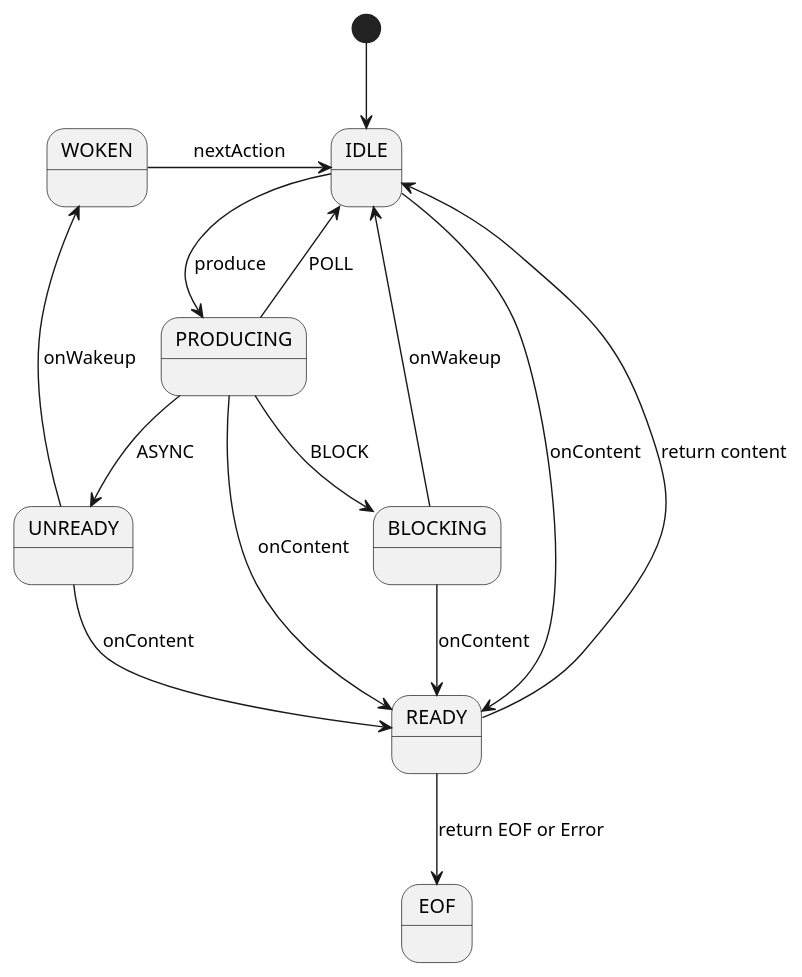
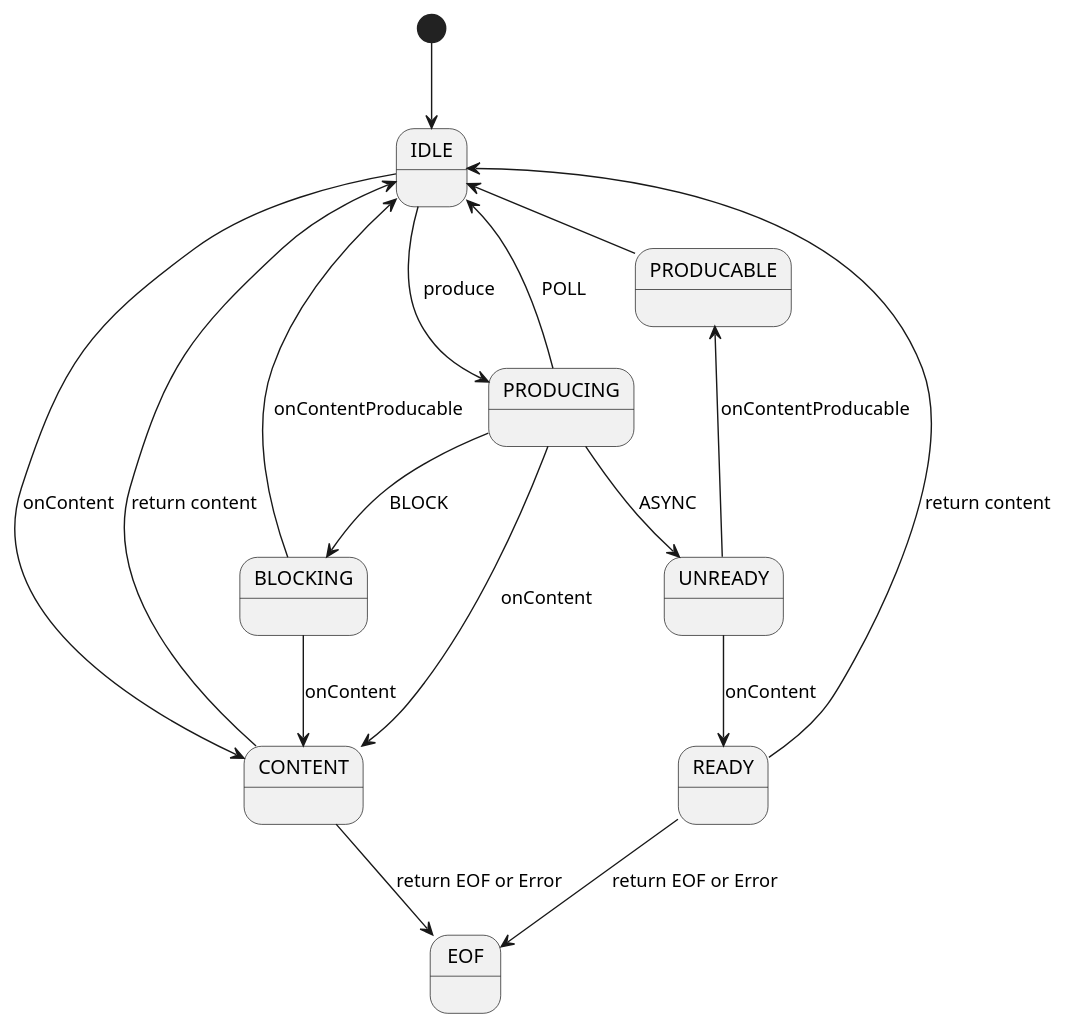
The diagram in jetty-server/src/main/java/org/eclipse/jetty/server/HttpInputState.puml (yangdy-buji/jetty.project), drawn with PlantUML before and after one commit. The commit also changed 3 other files, not shown here.

```diff
--- a/jetty-server/src/main/java/org/eclipse/jetty/server/HttpInputState.puml
+++ b/jetty-server/src/main/java/org/eclipse/jetty/server/HttpInputState.puml
@@ -1,32 +1,36 @@
 @startuml
-
 
 IDLE:
 PRODUCING:
 BLOCKING:
+CONTENT:
 UNREADY:
-WOKEN:
+PRODUCABLE:
 READY:
 EOF:
 
-
 [*] --> IDLE
 
+IDLE --> CONTENT : onContent
 IDLE --> PRODUCING : produce
 
-PRODUCING --> READY : onContent
-BLOCKING --> READY : onContent
-UNREADY --> READY : onContent
-IDLE --> READY : onContent
-
-BLOCKING -up-> IDLE : onWakeup
-UNREADY -up-> WOKEN : onWakeup
-WOKEN -right->IDLE : nextAction
-
-PRODUCING -up-> IDLE : POLL
+PRODUCING --> CONTENT : onContent
+PRODUCING -right-> IDLE : POLL
 PRODUCING --> BLOCKING : BLOCK
 PRODUCING --> UNREADY : ASYNC
 
+CONTENT -left-> IDLE : return content
+CONTENT --> EOF : return EOF or Error
+
+BLOCKING --> CONTENT : onContent
+BLOCKING -up-> IDLE : onContentProducable
+
+UNREADY --> READY : onContent
+UNREADY -up-> PRODUCABLE : onContentProducable
+
+PRODUCABLE -left->IDLE : nextAction
+
 READY -up-> IDLE : return content
 READY --> EOF : return EOF or Error
+
 @enduml
```
